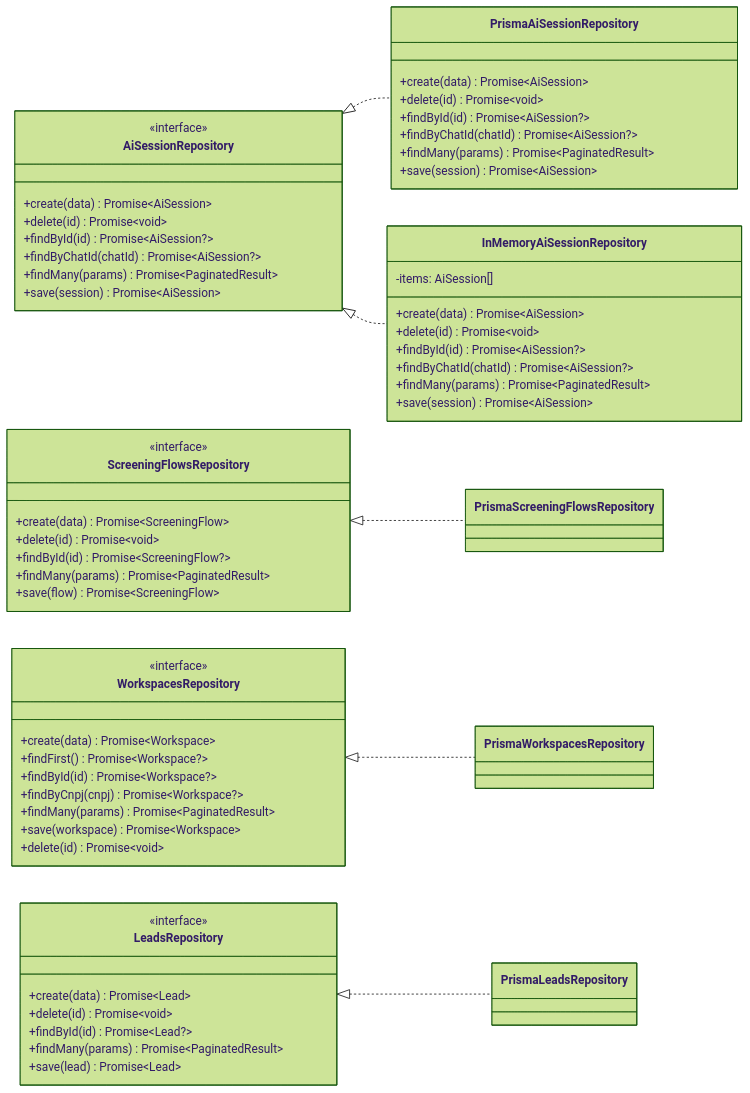
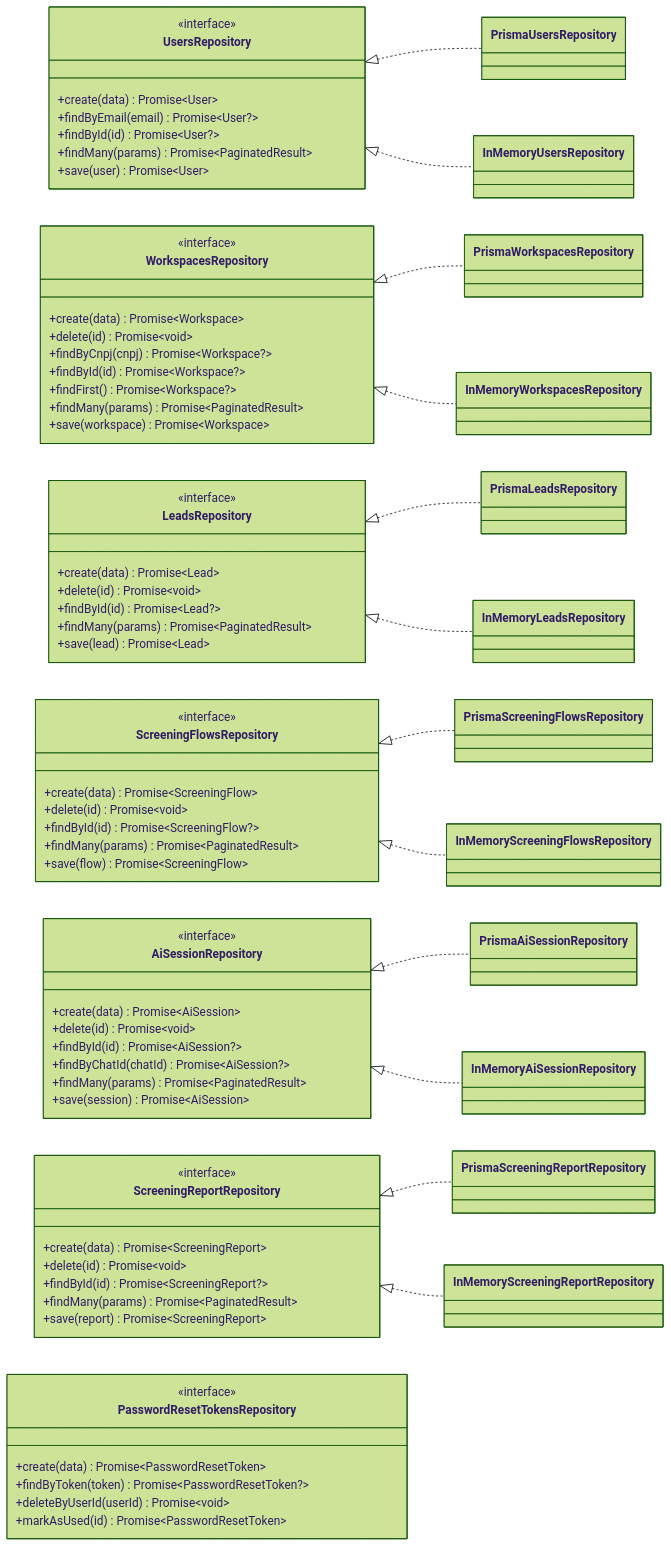
The fourth of 5 diagrams in framework_documentation.md (josevictorn/vero-api), drawn with Mermaid (forest theme) before and after one commit. The commit also changed other lines of this file, not shown here.

Commit message:
docs: update framework documentation with architecture details and core domain use cases

````diff
--- a/framework_documentation.md
+++ b/framework_documentation.md
@@ -518,68 +908,82 @@
 ```mermaid
 classDiagram
     direction LR
+
+    class UsersRepository {
+        <<interface>>
+        +create(data) Promise~User~
+        +findByEmail(email) Promise~User?~
+        +findById(id) Promise~User?~
+        +findMany(params) Promise~PaginatedResult~
+        +save(user) Promise~User~
+    }
+
+    class WorkspacesRepository {
+        <<interface>>
+        +create(data) Promise~Workspace~
+        +delete(id) Promise~void~
+        +findByCnpj(cnpj) Promise~Workspace?~
+        +findById(id) Promise~Workspace?~
+        +findFirst() Promise~Workspace?~
+        +findMany(params) Promise~PaginatedResult~
+        +save(workspace) Promise~Workspace~
+    }
+
+    class LeadsRepository {
+        <<interface>>
+        +create(data) Promise~Lead~
+        +delete(id) Promise~void~
+        +findById(id) Promise~Lead?~
+        +findMany(params) Promise~PaginatedResult~
+        +save(lead) Promise~Lead~
+    }
+
+    class ScreeningFlowsRepository {
+        <<interface>>
+        +create(data) Promise~ScreeningFlow~
+        +delete(id) Promise~void~
+        +findById(id) Promise~ScreeningFlow?~
+        +findMany(params) Promise~PaginatedResult~
+        +save(flow) Promise~ScreeningFlow~
+    }
 
     class AiSessionRepository {
         <<interface>>
         +create(data) Promise~AiSession~
         +delete(id) Promise~void~
         +findById(id) Promise~AiSession?~
         +findByChatId(chatId) Promise~AiSession?~
         +findMany(params) Promise~PaginatedResult~
         +save(session) Promise~AiSession~
     }
 
-    class ScreeningFlowsRepository {
+    class ScreeningReportRepository {
         <<interface>>
-        +create(data) Promise~ScreeningFlow~
+        +create(data) Promise~ScreeningReport~
         +delete(id) Promise~void~
-        +findById(id) Promise~ScreeningFlow?~
+        +findById(id) Promise~ScreeningReport?~
         +findMany(params) Promise~PaginatedResult~
-        +save(flow) Promise~ScreeningFlow~
+        +save(report) Promise~ScreeningReport~
     }
 
-    class WorkspacesRepository {
+    class PasswordResetTokensRepository {
         <<interface>>
-        +create(data) Promise~Workspace~
-        +findFirst() Promise~Workspace?~
-        +findById(id) Promise~Workspace?~
-        +findByCnpj(cnpj) Promise~Workspace?~
-        +findMany(params) Promise~PaginatedResult~
-        +save(workspace) Promise~Workspace~
-        +delete(id) Promise~void~
+        +create(data) Promise~PasswordResetToken~
+        +findByToken(token) Promise~PasswordResetToken?~
+        +deleteByUserId(userId) Promise~void~
+        +markAsUsed(id) Promise~PasswordResetToken~
     }
 
-    class LeadsRepository {
-        <<interface>>
-        +create(data) Promise~Lead~
-        +delete(id) Promise~void~
-        +findById(id) Promise~Lead?~
-        +findMany(params) Promise~PaginatedResult~
-        +save(lead) Promise~Lead~
-    }
-
-    class PrismaAiSessionRepository {
-        +create(data) Promise~AiSession~
-        +delete(id) Promise~void~
-        +findById(id) Promise~AiSession?~
-        +findByChatId(chatId) Promise~AiSession?~
-        +findMany(params) Promise~PaginatedResult~
-        +save(session) Promise~AiSession~
-    }
-
-    class InMemoryAiSessionRepository {
-        -items: AiSession[]
-        +create(data) Promise~AiSession~
-        +delete(id) Promise~void~
-        +findById(id) Promise~AiSession?~
-        +findByChatId(chatId) Promise~AiSession?~
-        +findMany(params) Promise~PaginatedResult~
-        +save(session) Promise~AiSession~
-    }
-
+    UsersRepository <|.. PrismaUsersRepository
+    UsersRepository <|.. InMemoryUsersRepository
+    WorkspacesRepository <|.. PrismaWorkspacesRepository
+    WorkspacesRepository <|.. InMemoryWorkspacesRepository
+    LeadsRepository <|.. PrismaLeadsRepository
+    LeadsRepository <|.. InMemoryLeadsRepository
+    ScreeningFlowsRepository <|.. PrismaScreeningFlowsRepository
+    ScreeningFlowsRepository <|.. InMemoryScreeningFlowsRepository
     AiSessionRepository <|.. PrismaAiSessionRepository
     AiSessionRepository <|.. InMemoryAiSessionRepository
-    ScreeningFlowsRepository <|.. PrismaScreeningFlowsRepository
-    WorkspacesRepository <|.. PrismaWorkspacesRepository
-    LeadsRepository <|.. PrismaLeadsRepository
+    ScreeningReportRepository <|.. PrismaScreeningReportRepository
+    ScreeningReportRepository <|.. InMemoryScreeningReportRepository
 ```
````
